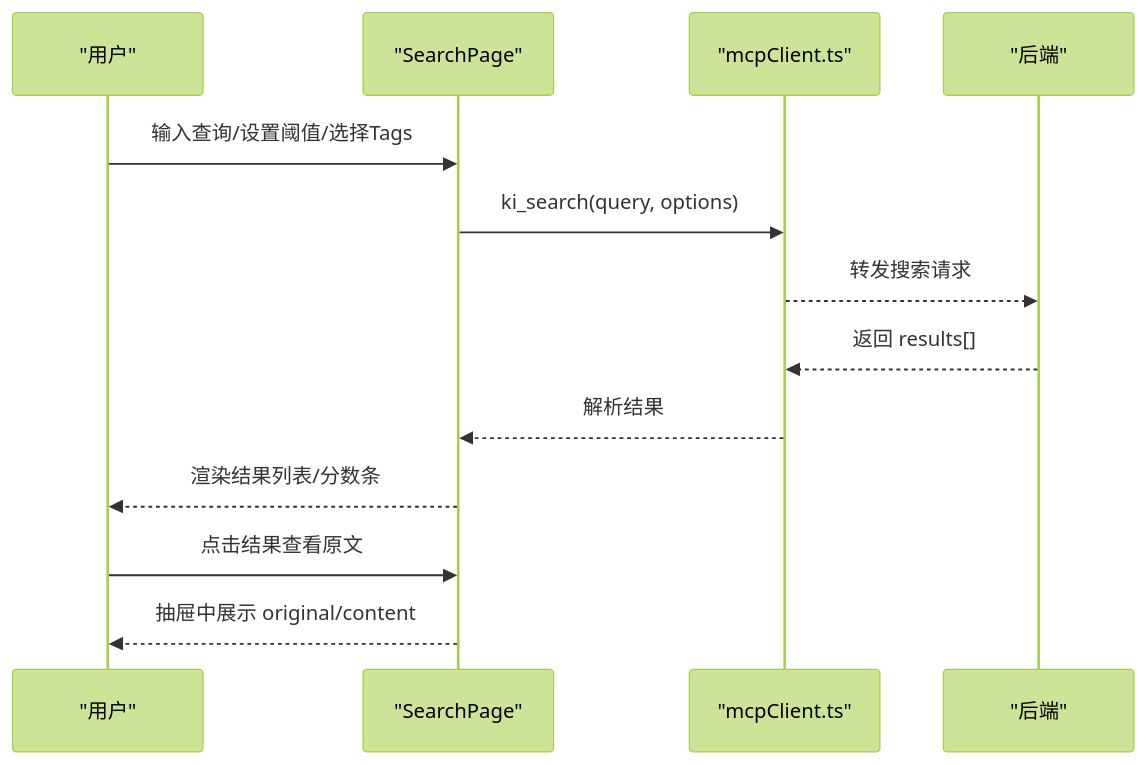
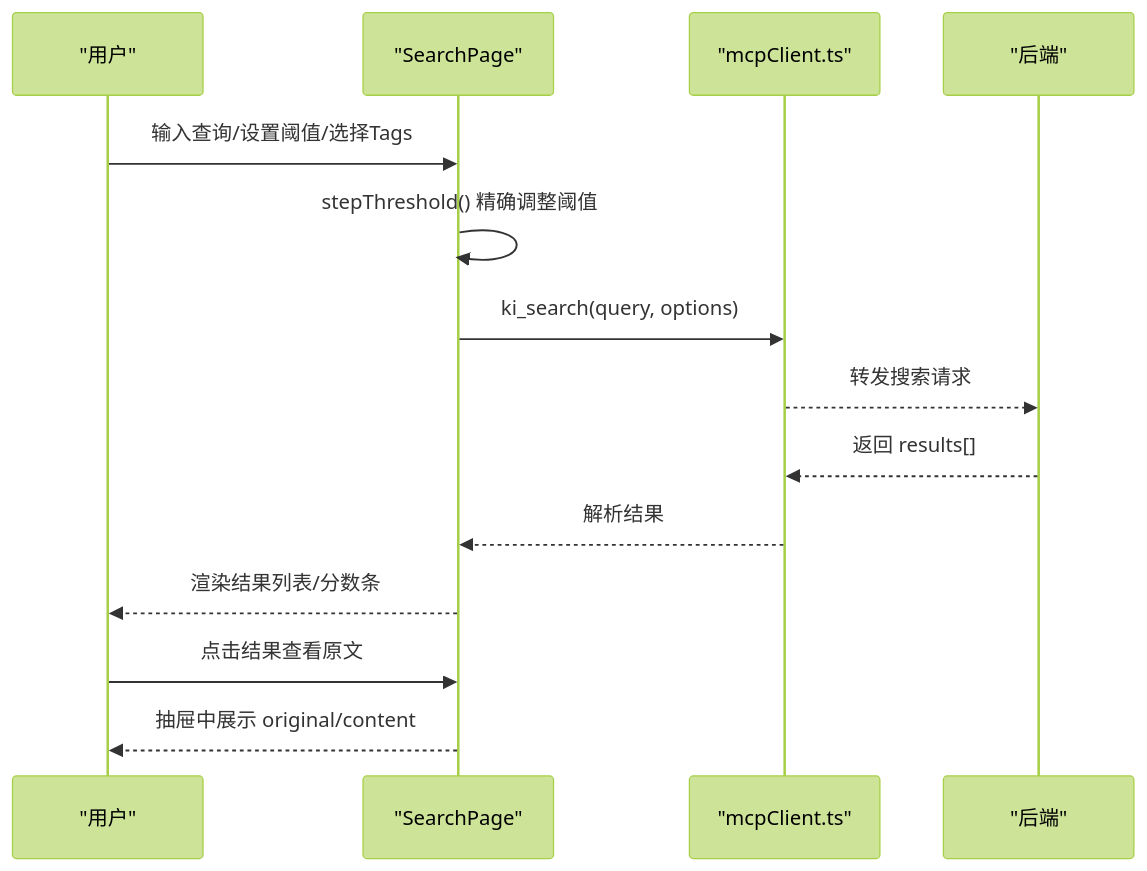
One commit to HACK-WU/kisearch changed the fifth of 8 diagrams in .qoder/repowiki/zh/content/Web 前端使用.md. Above: the diagram before and after it, drawn with Mermaid (forest theme). The commit also changed other lines of this file and 129 other files, not shown here.

````diff
--- a/.qoder/repowiki/zh/content/Web 前端使用.md
+++ b/.qoder/repowiki/zh/content/Web 前端使用.md
@@ -209,15 +220,16 @@
 ```mermaid
 sequenceDiagram
 participant U as "用户"
 participant SP as "SearchPage"
 participant MC as "mcpClient.ts"
 participant BK as "后端"
 U->>SP : 输入查询/设置阈值/选择Tags
+SP->>SP : stepThreshold() 精确调整阈值
 SP->>MC : ki_search(query, options)
 MC-->>BK : 转发搜索请求
 BK-->>MC : 返回 results[]
 MC-->>SP : 解析结果
 SP-->>U : 渲染结果列表/分数条
 U->>SP : 点击结果查看原文
 SP-->>U : 抽屉中展示 original/content
 ```
````
